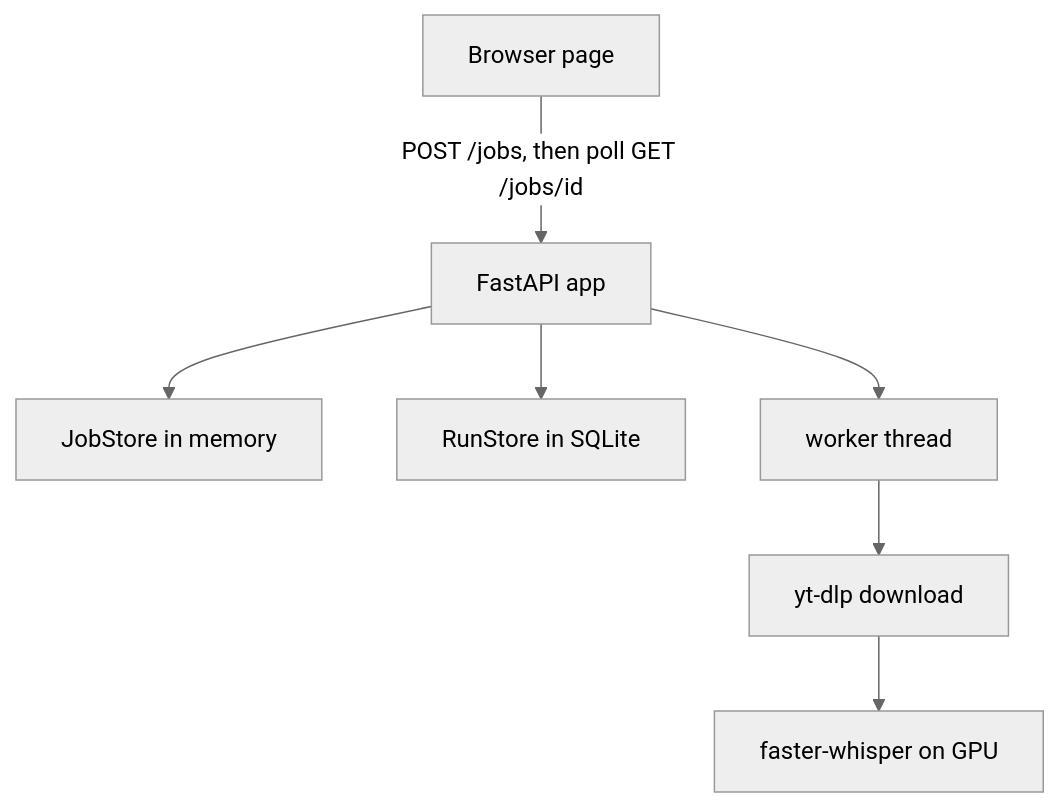
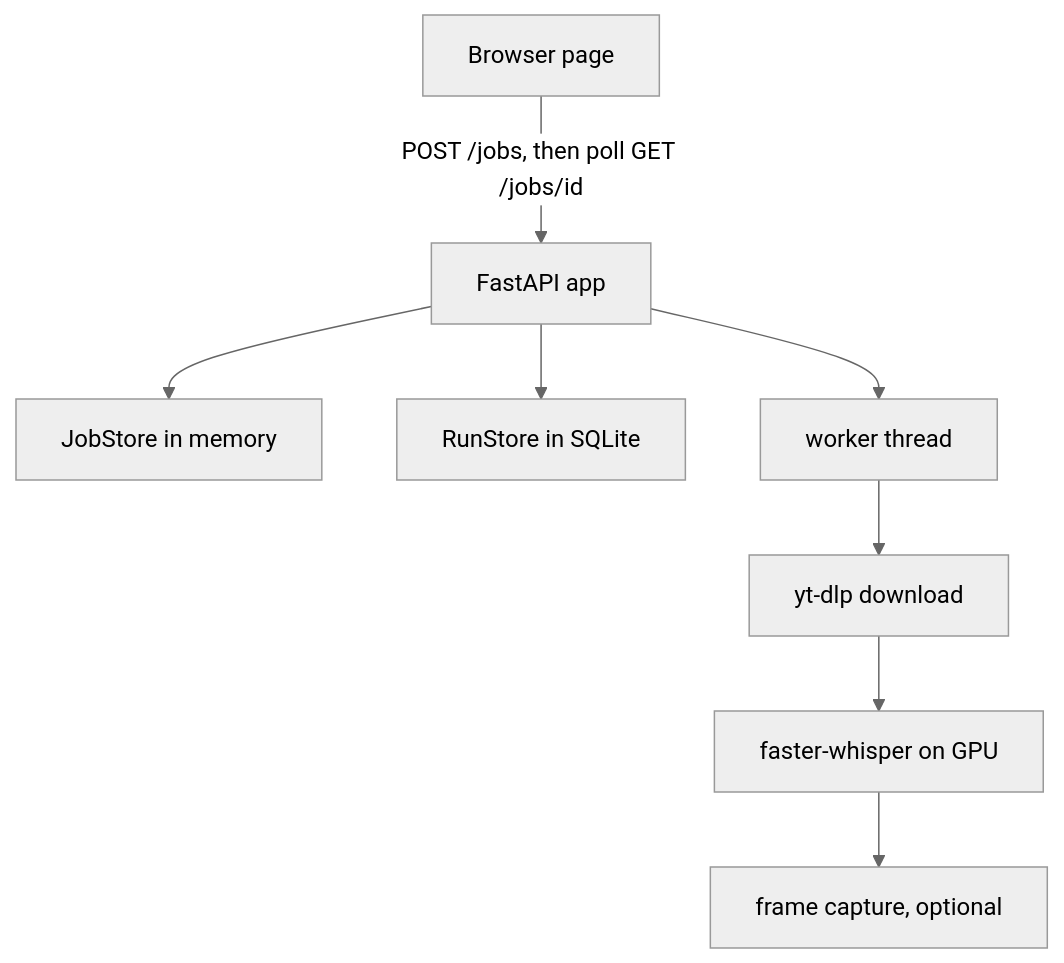
The diagram in aidd_docs/memory/architecture.md (kevpdev/yt-transcriber), drawn with Mermaid (neutral theme) before and after one commit. The commit also changed other lines of this file and 4 other files, not shown here.

````diff
--- a/aidd_docs/memory/architecture.md
+++ b/aidd_docs/memory/architecture.md
@@ -15,9 +15,10 @@
 ```mermaid
 flowchart TD
     page["Browser page"] -->|"POST /jobs, then poll GET /jobs/id"| api["FastAPI app"]
     api --> store["JobStore in memory"]
     api --> runs["RunStore in SQLite"]
     api --> worker["worker thread"]
     worker --> audio["yt-dlp download"]
     audio --> whisper["faster-whisper on GPU"]
+    whisper --> capture["frame capture, optional"]
 ```
````
